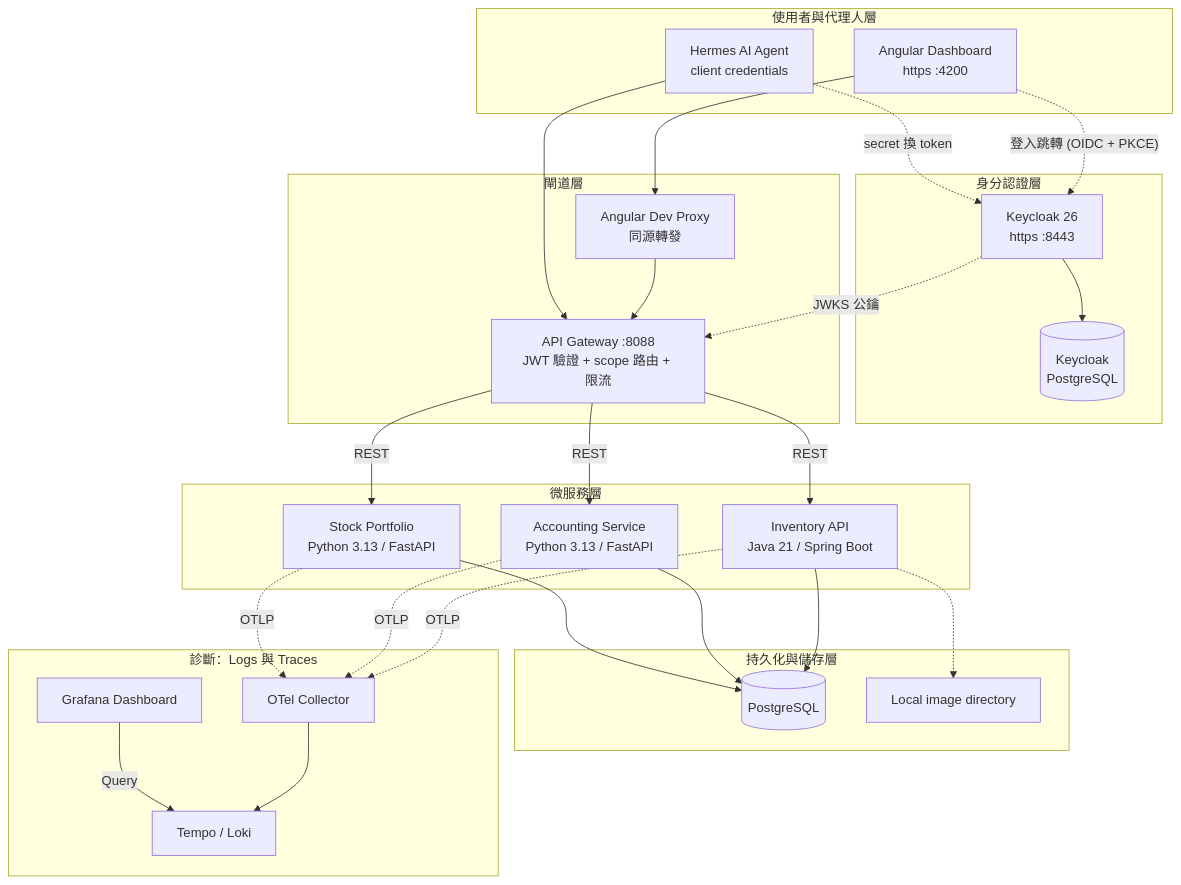
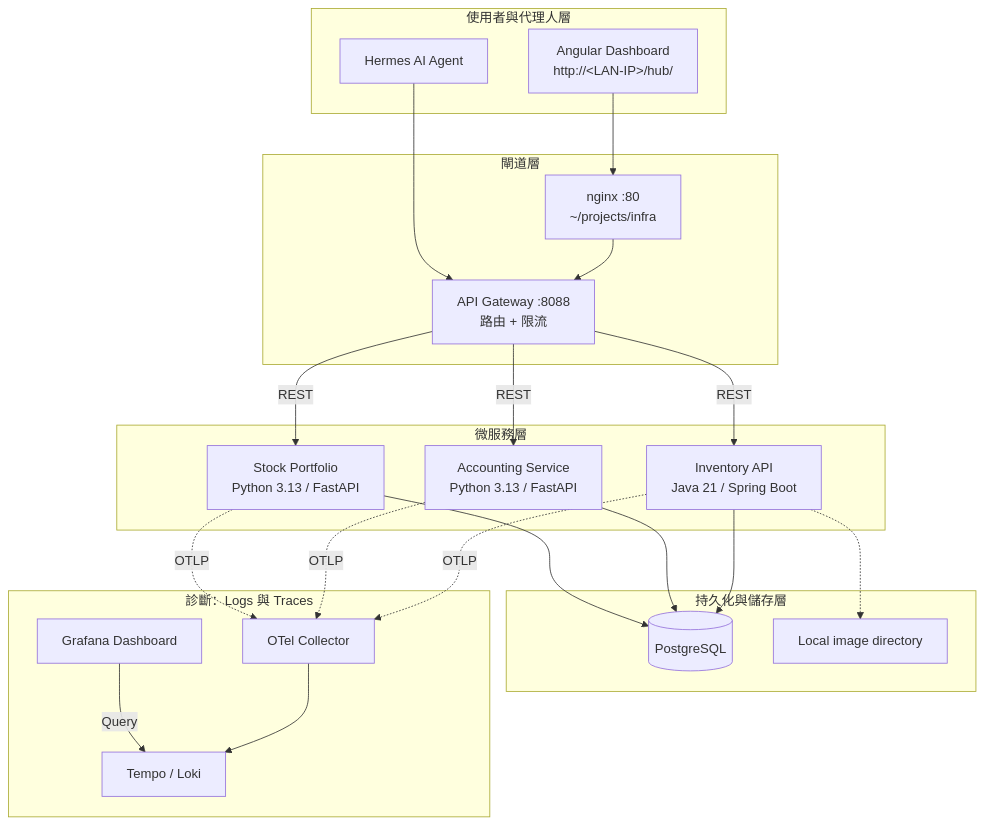
Before and after one commit to chihyishen/home-service-hub: the diagram in README.md, drawn with Mermaid. The commit also changed other lines of this file and 12 other files, not shown here.

First line of the commit message:
docs: remove keycloak, document nginx entry; archive auth openspec change

````diff
--- a/README.md
+++ b/README.md
@@ -14,66 +14,54 @@
 ```mermaid
 graph TD
     %% 1. 存取層
     subgraph Access_Layer [使用者與代理人層]
-        UI[Angular Dashboard<br/>https :4200]
-        Agent[Hermes AI Agent<br/>client credentials]
+        UI[Angular Dashboard<br/>http://&lt;LAN-IP&gt;/hub/]
+        Agent[Hermes AI Agent]
     end
 
-    %% 2. 身分認證
-    subgraph Identity [身分認證層]
-        Keycloak[Keycloak 26<br/>https :8443]
-        KCDB[(Keycloak<br/>PostgreSQL)]
+    %% 2. 閘道
+    subgraph Gateway_Layer [閘道層]
+        Nginx[nginx :80<br/>~/projects/infra]
+        Gateway[API Gateway :8088<br/>路由 + 限流]
     end
 
-    %% 3. 閘道
-    subgraph Gateway_Layer [閘道層]
-        Proxy[Angular Dev Proxy<br/>同源轉發]
-        Gateway[API Gateway :8088<br/>JWT 驗證 + scope 路由 + 限流]
-    end
-
-    %% 4. 服務層
+    %% 3. 服務層
     subgraph Service_Layer [微服務層]
         Inventory[Inventory API<br/>Java 21 / Spring Boot]
         Accounting[Accounting Service<br/>Python 3.13 / FastAPI]
         Stock[Stock Portfolio<br/>Python 3.13 / FastAPI]
     end
 
-    %% 5. 資料層
+    %% 4. 資料層
     subgraph Data_Layer [持久化與儲存層]
         Postgres[(PostgreSQL)]
         Images[Local image directory]
     end
 
-    %% 6. 可觀測性層
+    %% 5. 可觀測性層
     subgraph Obs_Layer [診斷：Logs 與 Traces]
         Collector[OTel Collector]
         Grafana[Grafana Dashboard]
         Tempo[Tempo / Loki]
     end
 
-    %% 認證流
-    UI -.->|"登入跳轉 (OIDC + PKCE)"| Keycloak
-    Agent -.->|"secret 換 token"| Keycloak
-    Keycloak --> KCDB
-    Keycloak -.->|"JWKS 公鑰"| Gateway
-
-    %% 請求流（皆帶 Bearer token）
-    UI --> Proxy
-    Proxy --> Gateway
+    %% 請求流（無登入）
+    UI --> Nginx
+    Nginx --> Gateway
     Agent --> Gateway
     Gateway -->|REST| Inventory
     Gateway -->|REST| Accounting
     Gateway -->|REST| Stock
 
     Inventory --> Postgres
     Accounting --> Postgres
     Stock --> Postgres
     Inventory -.-> Images
 
     %% 可觀測性流
     Inventory -.->|OTLP| Collector
     Accounting -.->|OTLP| Collector
     Stock -.->|OTLP| Collector
     Collector --> Tempo
     Grafana -->|Query| Tempo
 ```
````
